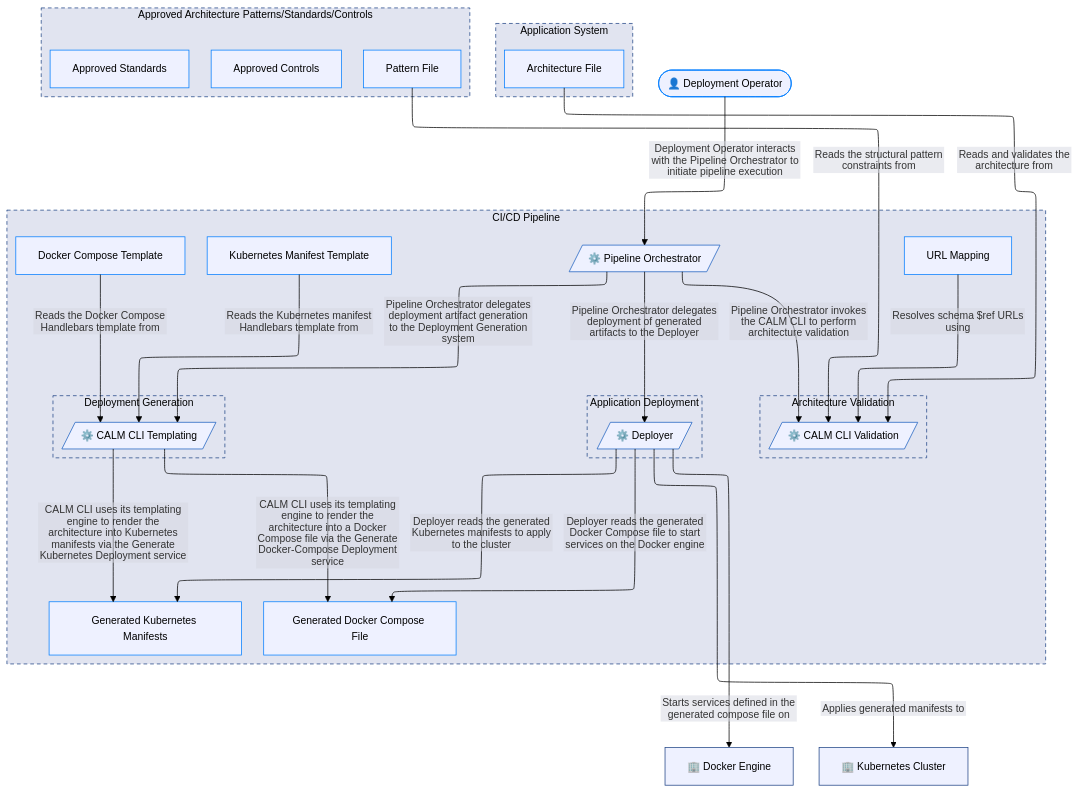
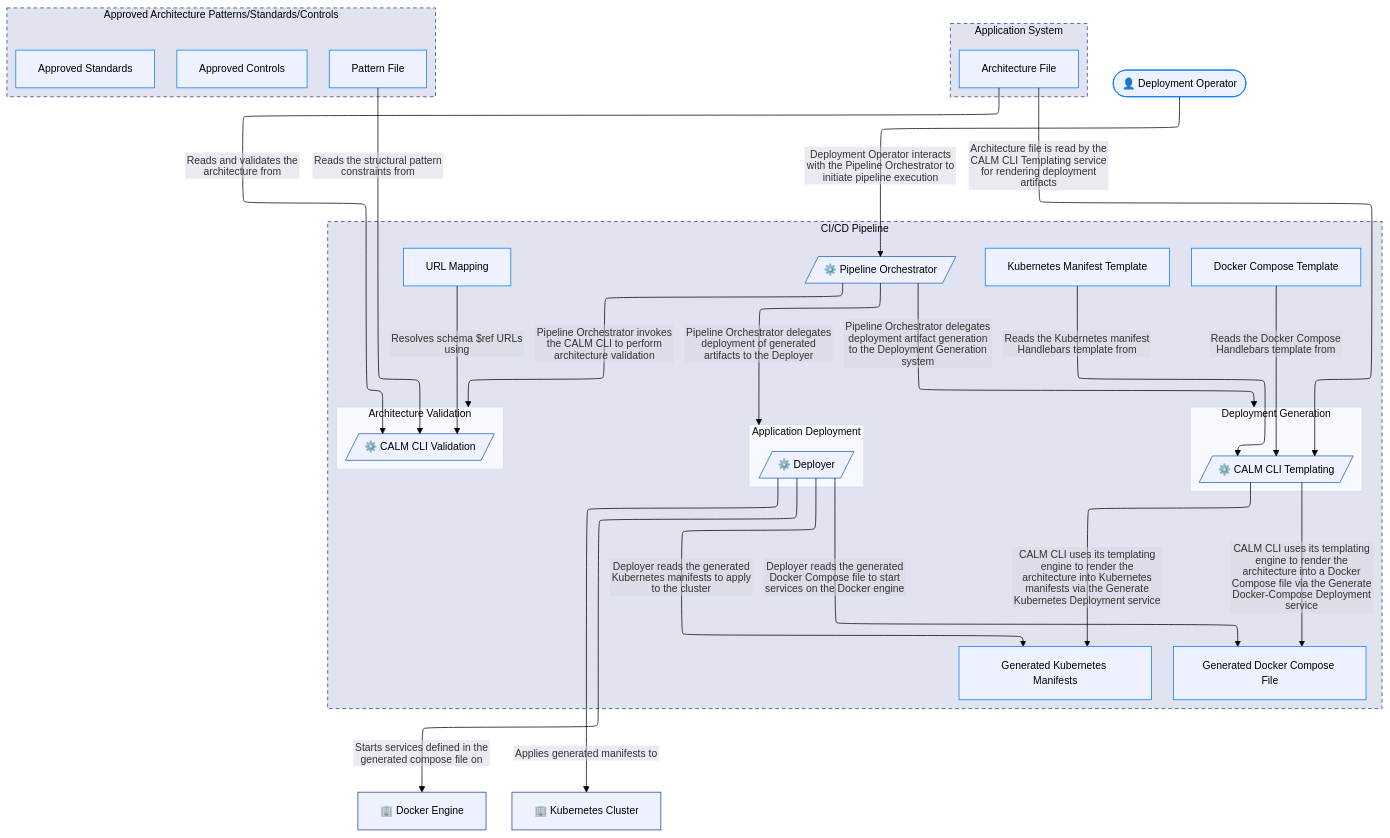
Before and after one commit to jimthompson5802/my-fullstack-app: the first of 3 diagrams in docs/calm/ci-cd-pipeline-architecture.md, drawn with Mermaid. The commit also changed other lines of this file and 1 other file, not shown here.

Commit message:
Refactor CI/CD architecture documentation for clarity and consistency in terminology

```diff
--- a/docs/calm/ci-cd-pipeline-architecture.md
+++ b/docs/calm/ci-cd-pipeline-architecture.md
@@ -70,14 +70,15 @@
     kubernetes-cluster[🏢 Kubernetes Cluster]:::system
 
     deployment-operator -->|Deployment Operator interacts with the Pipeline Orchestrator to initiate pipeline execution| pipeline-orchestrator
-    pipeline-orchestrator -->|Pipeline Orchestrator delegates deployment of generated artifacts to the Deployer| deployer
-    pipeline-orchestrator -->|Pipeline Orchestrator delegates deployment artifact generation to the Deployment Generation system| calm-cli-templating
-    pipeline-orchestrator -->|Pipeline Orchestrator invokes the CALM CLI to perform architecture validation| calm-cli-validation
+    pipeline-orchestrator -->|Pipeline Orchestrator delegates deployment of generated artifacts to the Deployer| application-deployment
+    pipeline-orchestrator -->|Pipeline Orchestrator delegates deployment artifact generation to the Deployment Generation system| deployment-generation
+    pipeline-orchestrator -->|Pipeline Orchestrator invokes the CALM CLI to perform architecture validation| architecture-validation
     calm-cli-templating -->|CALM CLI uses its templating engine to render the architecture into Kubernetes manifests via the Generate Kubernetes Deployment service| k8s-manifest-output
     calm-cli-templating -->|CALM CLI uses its templating engine to render the architecture into a Docker Compose file via the Generate Docker-Compose Deployment service| dc-compose-output
     architecture-file -->|Reads and validates the architecture from| calm-cli-validation
     pattern-file -->|Reads the structural pattern constraints from| calm-cli-validation
     url-mapping -->|Resolves schema $ref URLs using| calm-cli-validation
+    architecture-file -->|Architecture file is read by the CALM CLI Templating service for rendering deployment artifacts| calm-cli-templating
     k8s-template -->|Reads the Kubernetes manifest Handlebars template from| calm-cli-templating
     dc-template -->|Reads the Docker Compose Handlebars template from| calm-cli-templating
     deployer -->|Deployer reads the generated Kubernetes manifests to apply to the cluster| k8s-manifest-output
```
